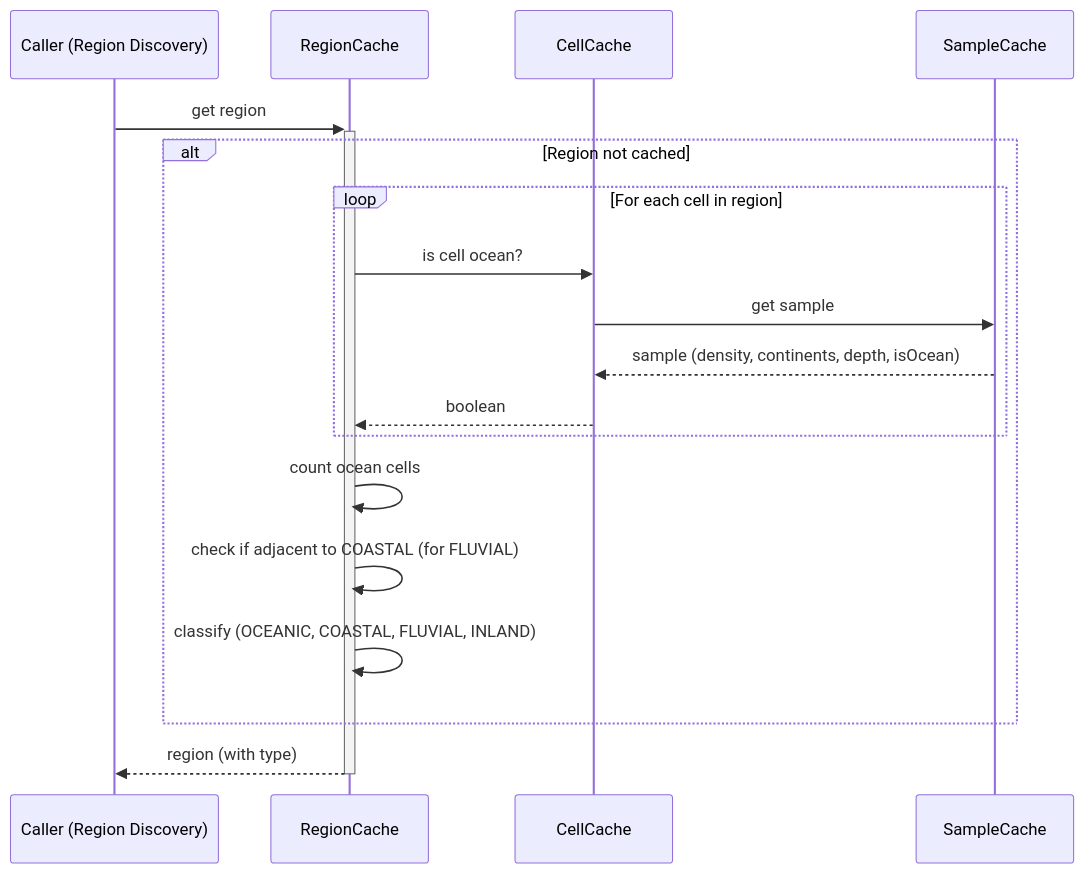
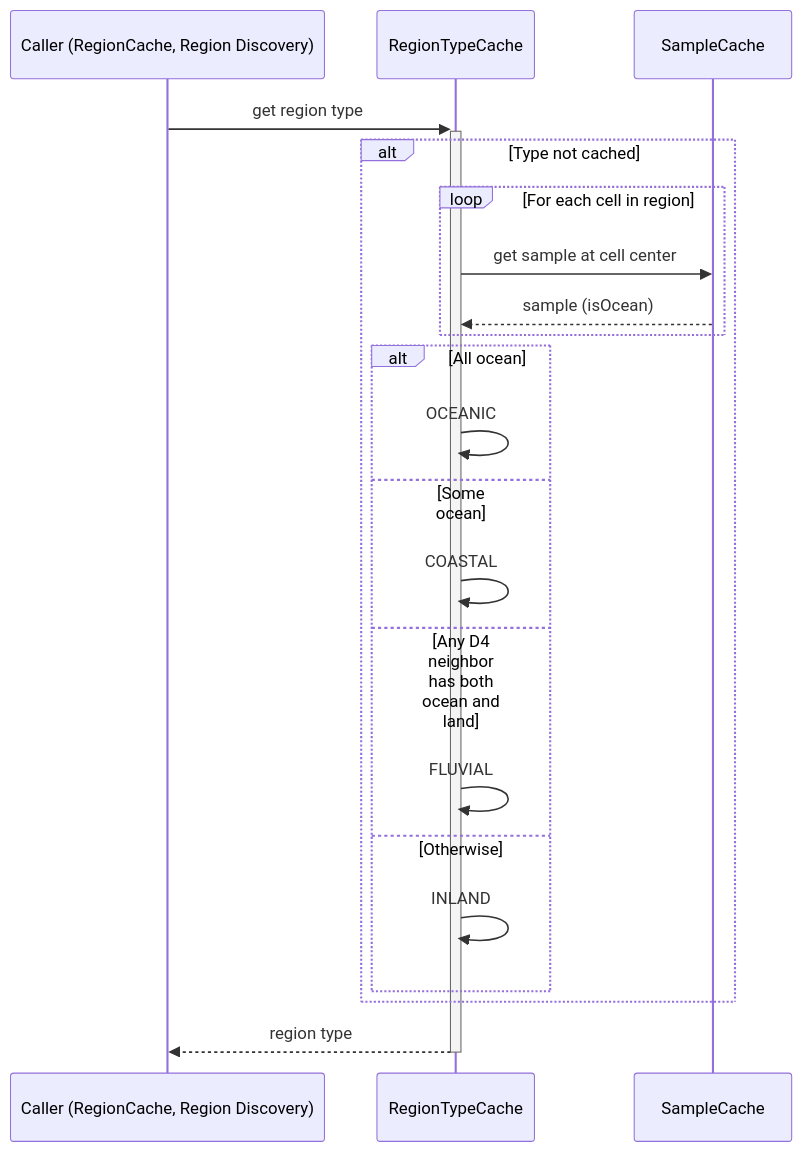
The sixth of 22 diagrams in docs/features/rivers/Rough Diagrams.md (SoSly/RiverTale), drawn with Mermaid before and after one commit. The commit also changed other lines of this file and 33 other files, not shown here.

Commit message:
docs: replace stale feature docs with an accurate rough diagrams map

````diff
--- a/docs/features/rivers/Rough Diagrams.md
+++ b/docs/features/rivers/Rough Diagrams.md
@@ -125,24 +205,27 @@
 ```mermaid
 sequenceDiagram
-    participant Caller as Caller (Region Discovery)
-    participant RegionCache
-    participant CellCache
+    participant Caller as Caller (RegionCache, Region Discovery)
+    participant RegionTypeCache
     participant SampleCache
 
-    Caller ->>+ RegionCache: get region
+    Caller ->>+ RegionTypeCache: get region type
 
-    alt Region not cached
+    alt Type not cached
         loop For each cell in region
-            RegionCache ->> CellCache: is cell ocean?
-            CellCache ->> SampleCache: get sample
-            SampleCache -->> CellCache: sample (density, continents, depth, isOcean)
-            CellCache -->> RegionCache: boolean
+            RegionTypeCache ->> SampleCache: get sample at cell center
+            SampleCache -->> RegionTypeCache: sample (isOcean)
         end
 
-        RegionCache ->> RegionCache: count ocean cells
-        RegionCache ->> RegionCache: check if adjacent to COASTAL (for FLUVIAL)
-        RegionCache ->> RegionCache: classify (OCEANIC, COASTAL, FLUVIAL, INLAND)
+        alt All ocean
+            RegionTypeCache ->> RegionTypeCache: OCEANIC
+        else Some ocean
+            RegionTypeCache ->> RegionTypeCache: COASTAL
+        else Any D4 neighbor has both ocean and land
+            RegionTypeCache ->> RegionTypeCache: FLUVIAL
+        else Otherwise
+            RegionTypeCache ->> RegionTypeCache: INLAND
+        end
     end
 
-    RegionCache -->>- Caller: region (with type)
+    RegionTypeCache -->>- Caller: region type
 ```
````
